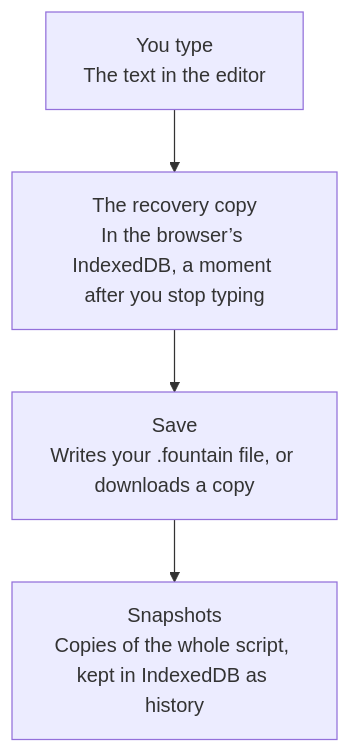
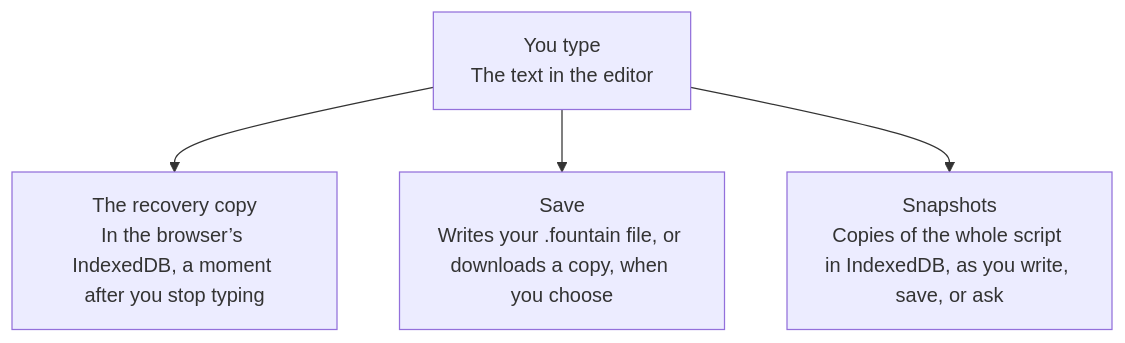
Before and after one commit to cschweda/drafter: the third of 5 diagrams in docs/technical-details.md, drawn with Mermaid. The commit also changed other lines of this file and 9 other files, not shown here.

First line of the commit message:
fix(web): the package diagram draws direct uses, storage is a fan, and the Technical details wording

````diff
--- a/docs/technical-details.md
+++ b/docs/technical-details.md
@@ -133,10 +113,10 @@
 ```mermaid
 flowchart TD
   s1["You type<br/>The text in the editor"]
   s2["The recovery copy<br/>In the browser’s IndexedDB, a moment after you stop typing"]
-  s3["Save<br/>Writes your .fountain file, or downloads a copy"]
-  s4["Snapshots<br/>Copies of the whole script, kept in IndexedDB as history"]
+  s3["Save<br/>Writes your .fountain file, or downloads a copy, when you choose"]
+  s4["Snapshots<br/>Copies of the whole script in IndexedDB, as you write, save, or ask"]
   s1 --> s2
-  s2 --> s3
-  s3 --> s4
+  s1 --> s3
+  s1 --> s4
 ```
````
